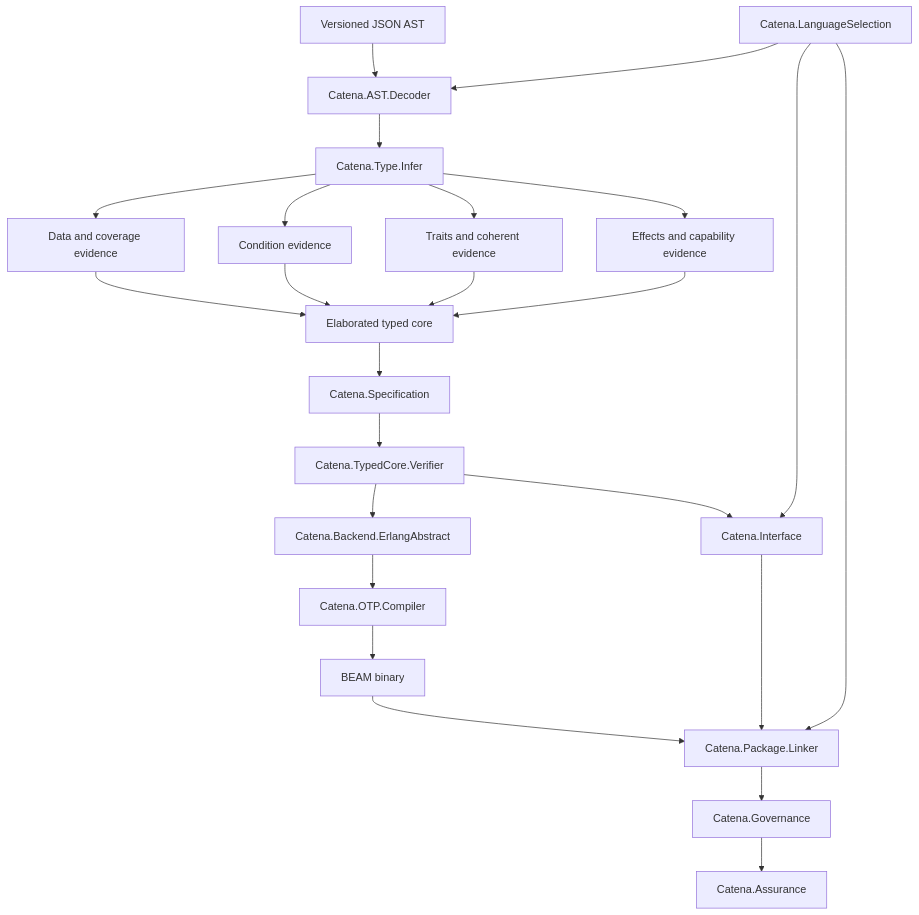
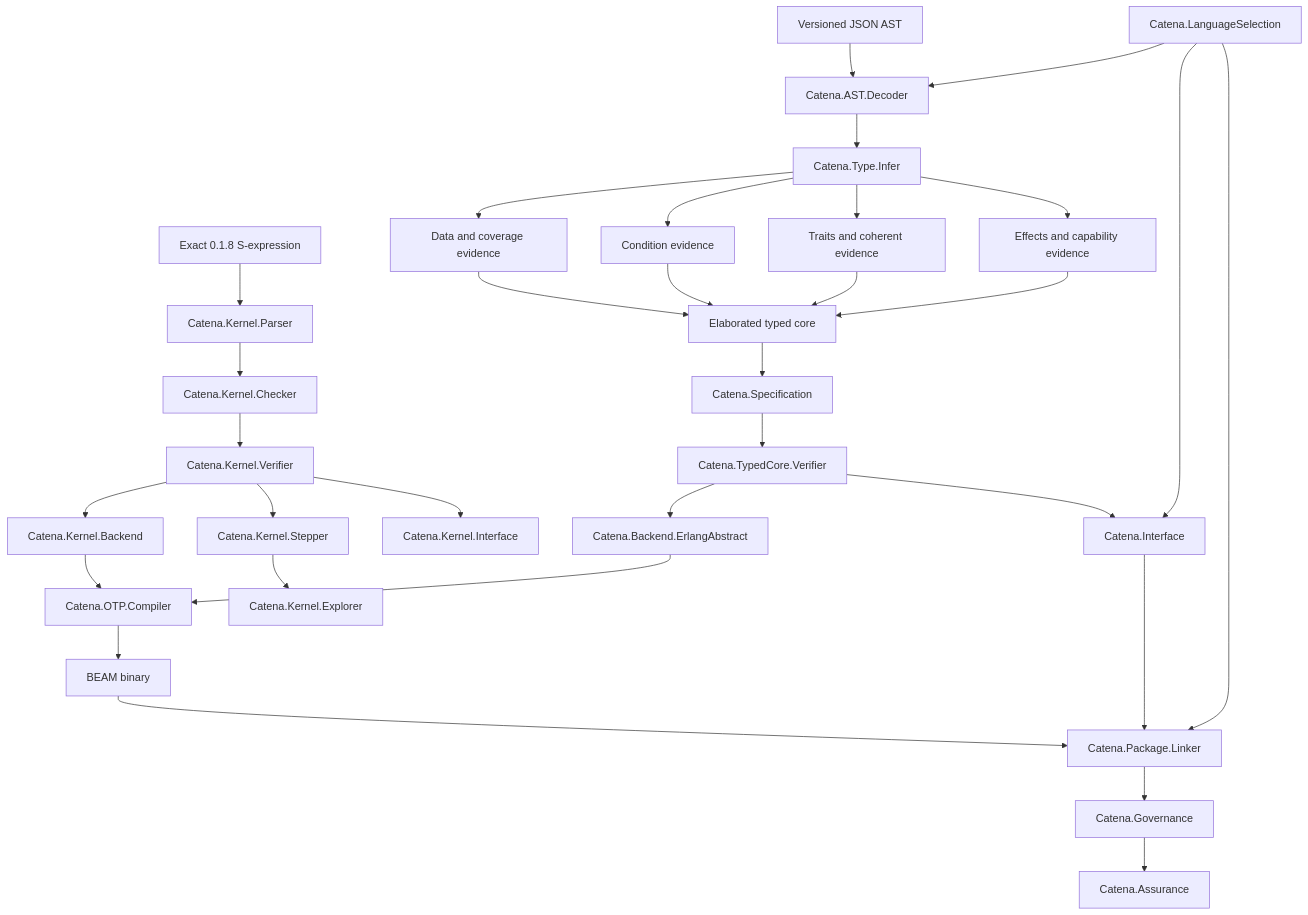
Before and after one commit to pcharbon70/catena: the diagram in guides/development/compiler-architecture.md, drawn with Mermaid. The commit also changed other lines of this file and 35 other files, not shown here.

````diff
--- a/guides/development/compiler-architecture.md
+++ b/guides/development/compiler-architecture.md
@@ -45,27 +46,35 @@
 ```mermaid
 flowchart TD
     JSON[Versioned JSON AST] --> Decoder[Catena.AST.Decoder]
+    Kernel[Exact 0.1.8 S-expression] --> KParser[Catena.Kernel.Parser]
     Selection[Catena.LanguageSelection] --> Decoder
     Decoder --> Infer[Catena.Type.Infer]
     Infer --> Data[Data and coverage evidence]
     Infer --> Cond[Condition evidence]
     Infer --> Cat[Traits and coherent evidence]
     Infer --> FX[Effects and capability evidence]
     Data --> Core[Elaborated typed core]
     Cond --> Core
     Cat --> Core
     FX --> Core
     Core --> Spec[Catena.Specification]
     Spec --> Verify[Catena.TypedCore.Verifier]
     Verify --> Backend[Catena.Backend.ErlangAbstract]
     Backend --> OTP[Catena.OTP.Compiler]
     OTP --> Beam[BEAM binary]
     Verify --> Interface[Catena.Interface]
+    KParser --> KCheck[Catena.Kernel.Checker]
+    KCheck --> KVerify[Catena.Kernel.Verifier]
+    KVerify --> KBackend[Catena.Kernel.Backend]
+    KVerify --> Stepper[Catena.Kernel.Stepper]
+    Stepper --> Explorer[Catena.Kernel.Explorer]
+    KBackend --> OTP
+    KVerify --> KInterface[Catena.Kernel.Interface]
 
     Beam --> Linker[Catena.Package.Linker]
     Interface --> Linker
     Selection --> Interface
     Selection --> Linker
     Linker --> Governance[Catena.Governance]
     Governance --> Assurance[Catena.Assurance]
 ```
````
